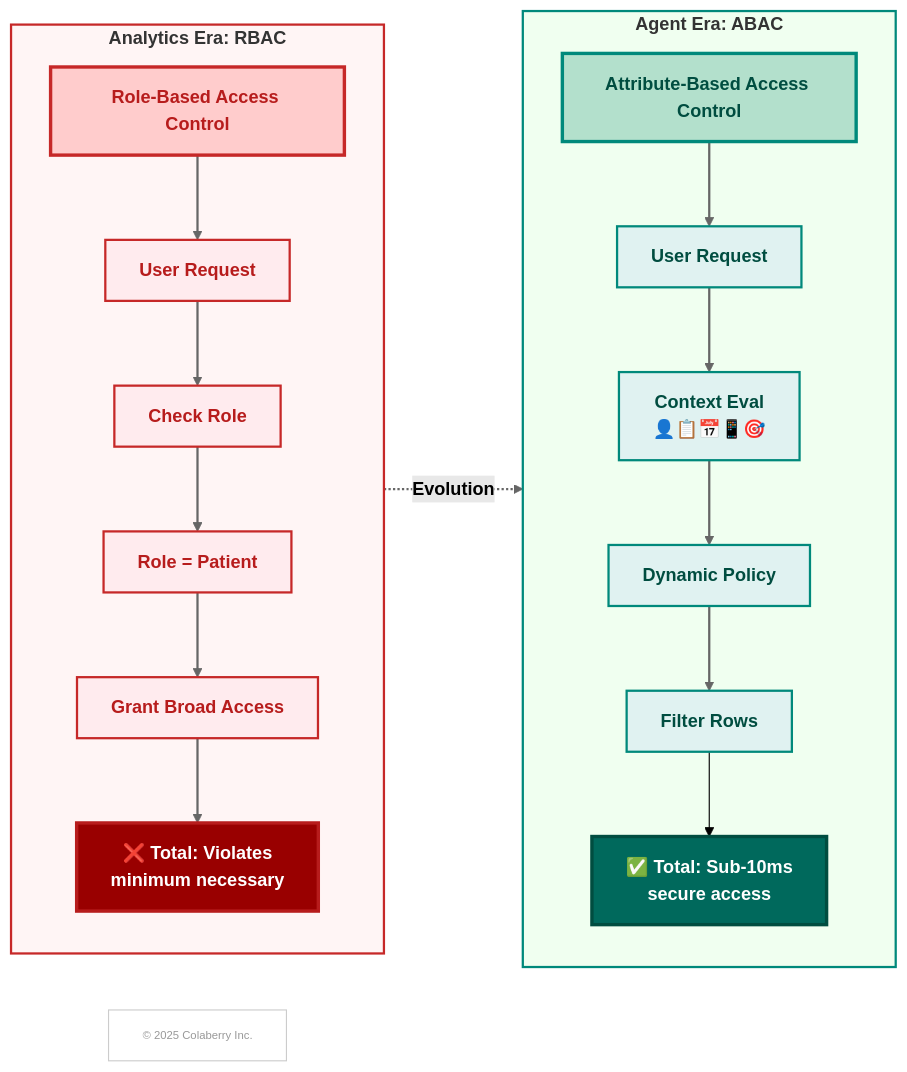
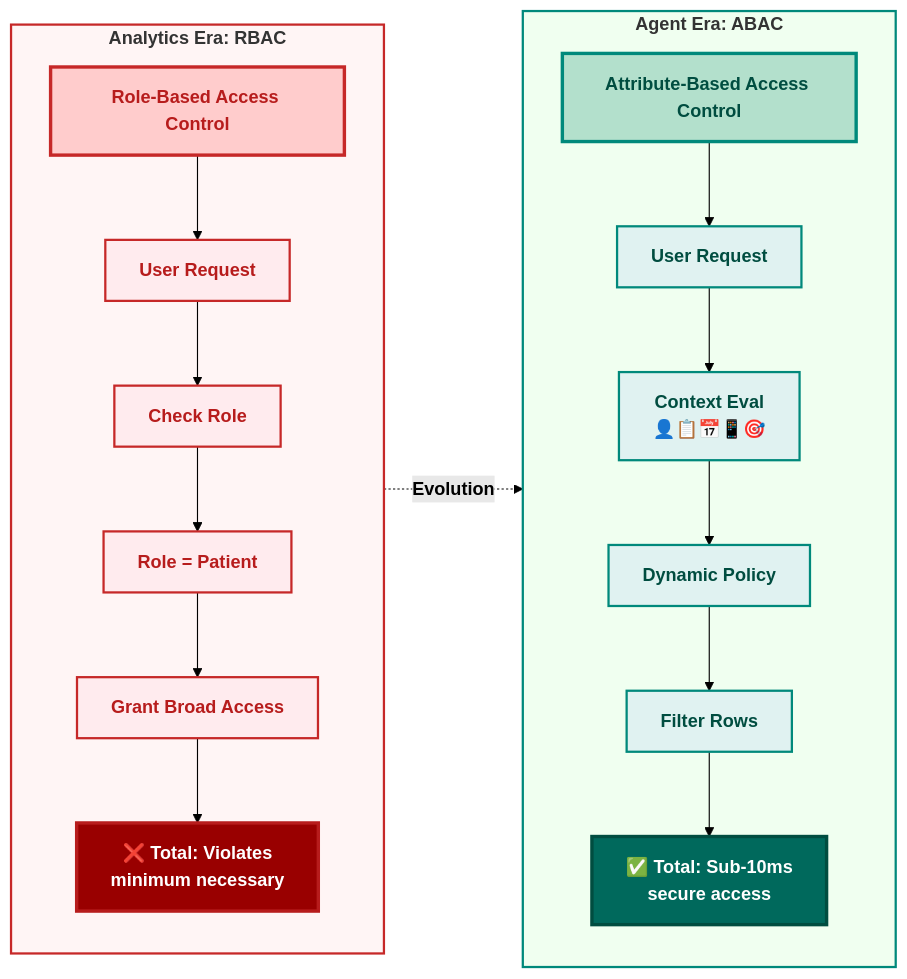
The third of 11 diagrams in chapter-02/chapter_2_complete.md (colaberry/enterprise-data-readiness-ai-agents), drawn with Mermaid (forest theme) before and after one commit. The commit also changed other lines of this file, not shown here.

First line of the commit message:
link styles removed

````diff
--- a/chapter-02/chapter_2_complete.md
+++ b/chapter-02/chapter_2_complete.md
@@ -275,68 +256,54 @@
 ```mermaid
 graph LR
     subgraph OLD["<b>Analytics Era: RBAC</b>"]
         TITLE1["<b>Role-Based Access Control</b>"]
         R1["<b>User Request</b>"]
         R2["<b>Check Role</b>"]
         R3["<b>Role = Patient</b>"]
         R4["<b>Grant Broad Access</b>"]
         R5["<b>❌ Total: Violates
         minimum necessary</b>"]
         
         TITLE1 --> R1
         R1 --> R2
         R2 --> R3
         R3 --> R4
         R4 --> R5
     end
     
     OLD -.->|<b>Evolution</b>| NEW
     
     subgraph NEW["<b>Agent Era: ABAC</b>"]
         TITLE2["<b>Attribute-Based Access Control</b>"]
         A1["<b>User Request</b>"]
         A2["<b>Context Eval
         👤📋📅📱🎯</b>"]
         A3["<b>Dynamic Policy</b>"]
         A4["<b>Filter Rows</b>"]
         A5["<b>✅ Total: Sub-10ms
         secure access</b>"]
         
         TITLE2 --> A1
         A1 --> A2
         A2 --> A3
         A3 --> A4
         A4 --> A5
     end
     
     style TITLE1 fill:#ffcccc,stroke:#c62828,stroke-width:3px,color:#b71c1c,font-weight:bold
     style R1 fill:#ffebee,stroke:#c62828,stroke-width:2px,color:#b71c1c
     style R2 fill:#ffebee,stroke:#c62828,stroke-width:2px,color:#b71c1c
     style R3 fill:#ffebee,stroke:#c62828,stroke-width:2px,color:#b71c1c
     style R4 fill:#ffebee,stroke:#c62828,stroke-width:2px,color:#b71c1c
     style R5 fill:#990000,color:#ffffff,stroke:#b71c1c,stroke-width:3px
     
     style TITLE2 fill:#b3e0cc,stroke:#00897b,stroke-width:3px,color:#004d40,font-weight:bold
     style A1 fill:#e0f2f1,stroke:#00897b,stroke-width:2px,color:#004d40
     style A2 fill:#e0f2f1,stroke:#00897b,stroke-width:2px,color:#004d40
     style A3 fill:#e0f2f1,stroke:#00897b,stroke-width:2px,color:#004d40
     style A4 fill:#e0f2f1,stroke:#00897b,stroke-width:2px,color:#004d40
     style A5 fill:#00695c,color:#ffffff,stroke:#004d40,stroke-width:3px
     
     style OLD fill:#fff5f5,stroke:#c62828,stroke-width:2px
     style NEW fill:#f0fff0,stroke:#00897b,stroke-width:2px
-    
-    COPYRIGHT["© 2025 Colaberry Inc."]
-    style COPYRIGHT fill:#ffffff,stroke:#cccccc,stroke-width:1px,color:#999999,font-size:10px
-
-    linkStyle 0 stroke:#666666,stroke-width:2px
-    linkStyle 1 stroke:#666666,stroke-width:2px
-    linkStyle 2 stroke:#666666,stroke-width:2px
-    linkStyle 3 stroke:#666666,stroke-width:2px
-    linkStyle 4 stroke:#666666,stroke-width:2px
-    linkStyle 5 stroke:#666666,stroke-width:2px
-    linkStyle 6 stroke:#666666,stroke-width:2px
-    linkStyle 7 stroke:#666666,stroke-width:2px
-    linkStyle 8 stroke:#666666,stroke-width:2px
-    linkStyle 9 stroke:#666666,stroke-width:2px
 ```
````
